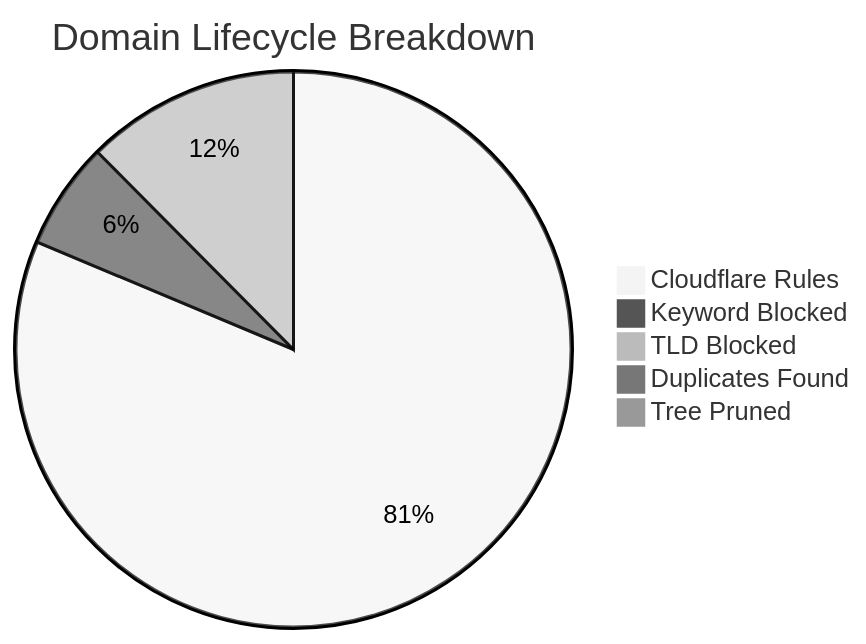
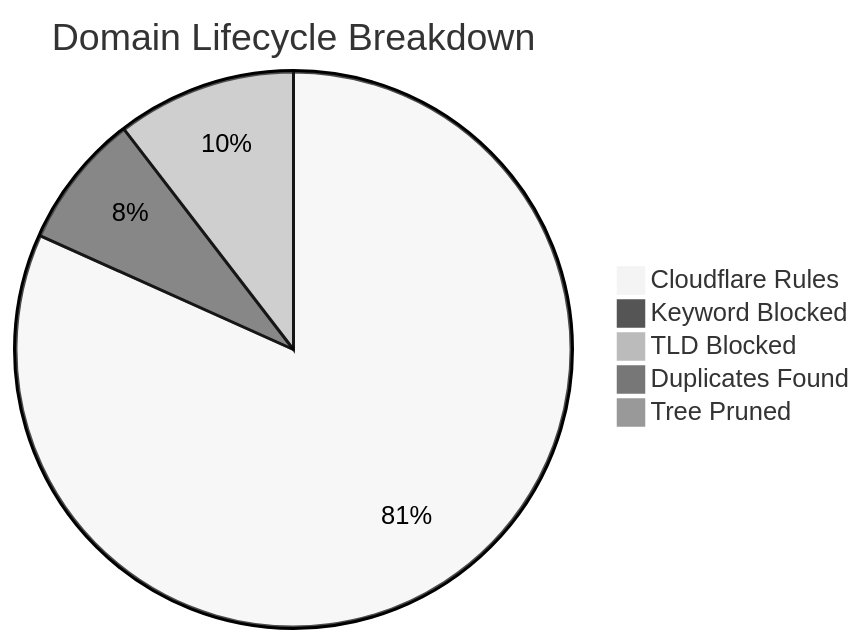
The diagram in README_STATS.md (brojangles24/Cloudflare-ZeroTrust-AdBlock), drawn with Mermaid (neutral theme) before and after one commit. The commit also changed other lines of this file and 1 other file, not shown here.

````diff
--- a/README_STATS.md
+++ b/README_STATS.md
@@ -5,8 +5,8 @@
 ```mermaid
 pie title Domain Lifecycle Breakdown
-    "Cloudflare Rules" : 345055
-    "Keyword Blocked" : 26493
-    "TLD Blocked" : 52795
-    "Duplicates Found" : 1233
-    "Tree Pruned" : 950
+    "Cloudflare Rules" : 274326
+    "Keyword Blocked" : 26345
+    "TLD Blocked" : 35036
+    "Duplicates Found" : 979
+    "Tree Pruned" : 849
 ```
````
